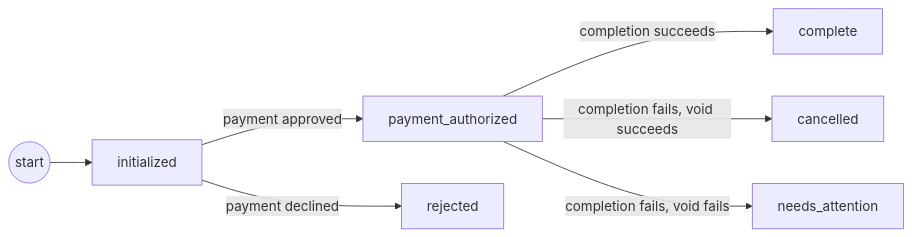
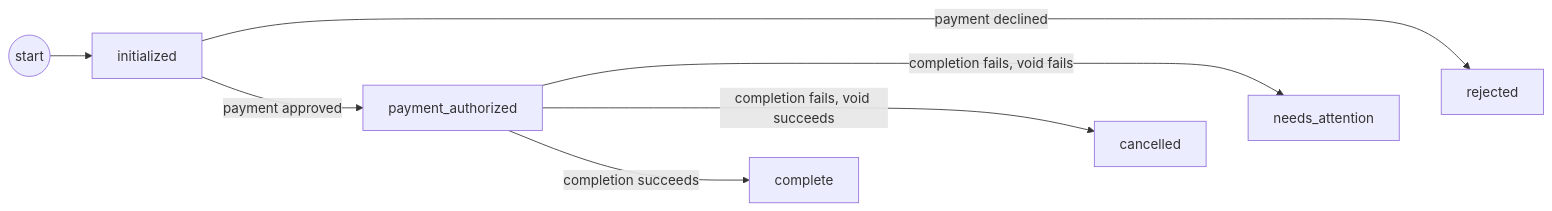
Before and after one commit to blaster151/gametime-order-state-machine: the diagram in README.md, drawn with Mermaid.

Commit message:
docs: align terminal state diagram nodes

````diff
--- a/README.md
+++ b/README.md
@@ -66,9 +66,11 @@
 ```mermaid
 flowchart LR
     start((start)) --> initialized
     initialized -->|payment approved| payment_authorized
     initialized -->|payment declined| rejected
     payment_authorized -->|completion succeeds| complete
     payment_authorized -->|completion fails, void succeeds| cancelled
     payment_authorized -->|completion fails, void fails| needs_attention
+
+    complete ~~~ cancelled ~~~ needs_attention ~~~ rejected
 ```
````
